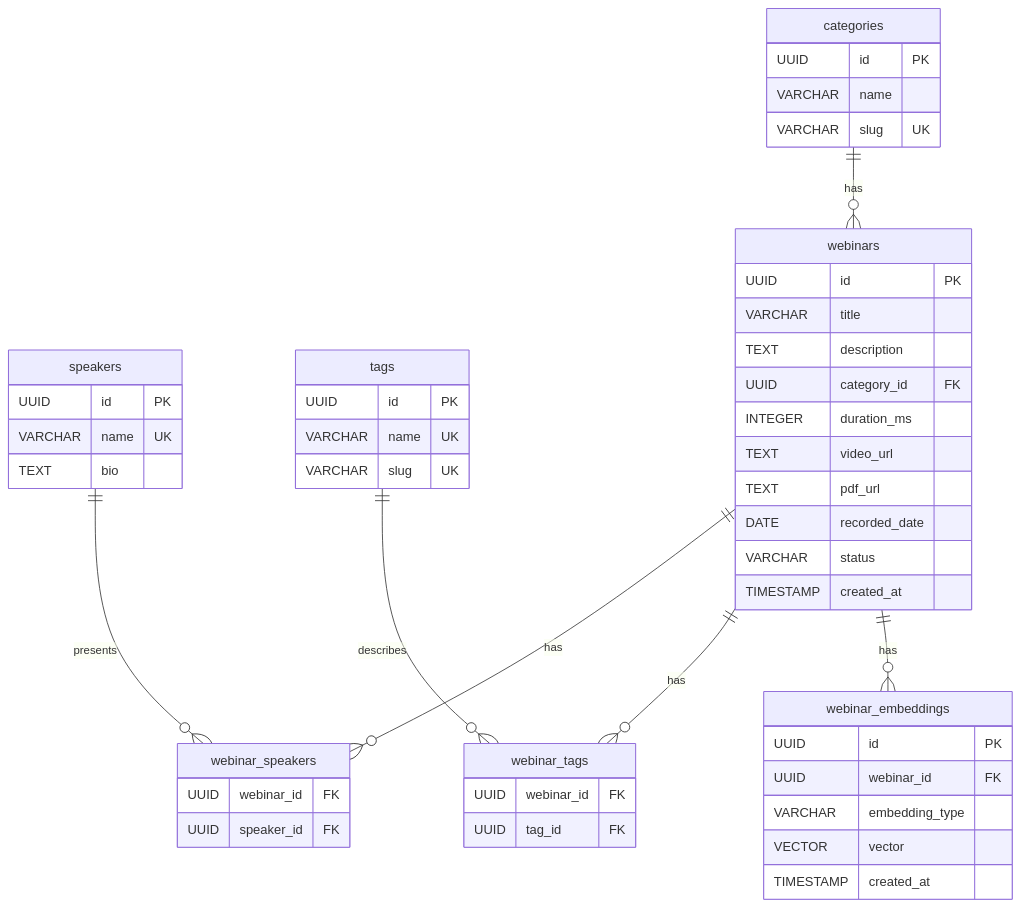
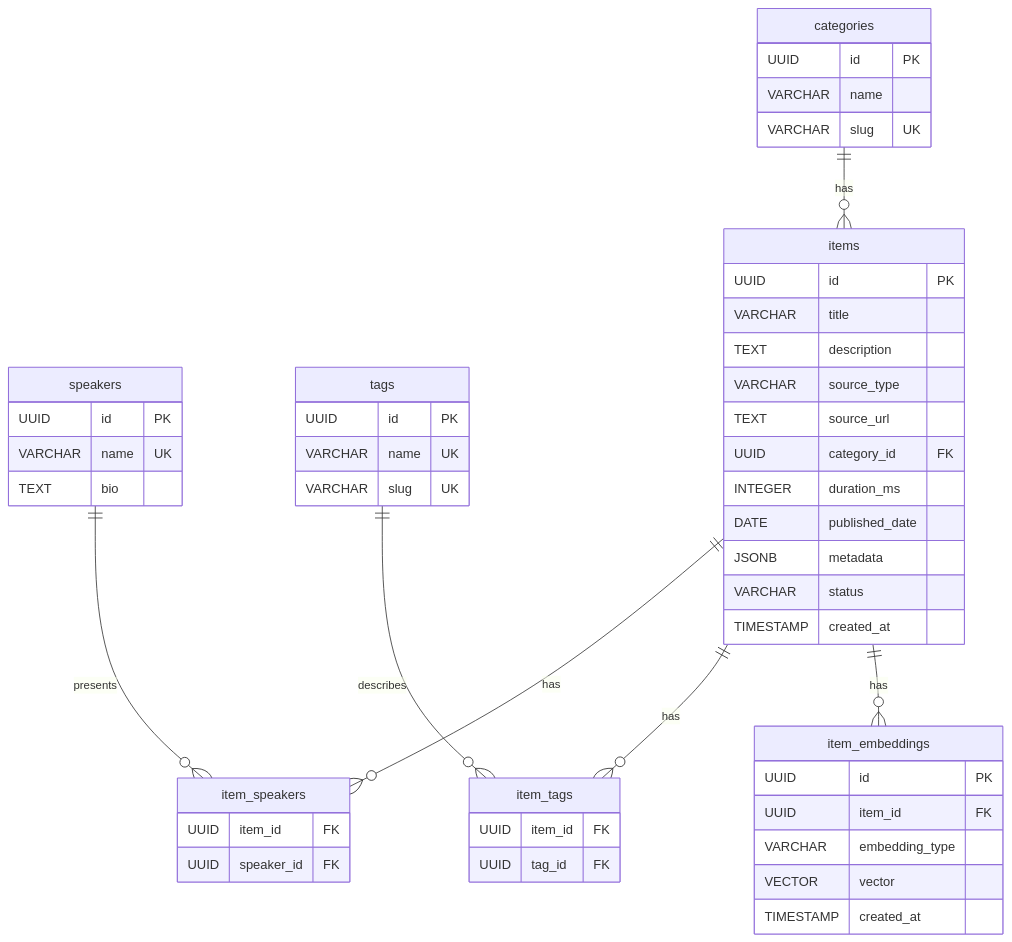
The first of 4 diagrams in docs/03_design/database_erd.md (x54-studio/hr-search), drawn with Mermaid before and after one commit. The commit also changed other lines of this file and 4 other files, not shown here.

Commit message:
docs: update technical docs for items schema and new API endpoints

````diff
--- a/docs/03_design/database_erd.md
+++ b/docs/03_design/database_erd.md
@@ -5,58 +5,59 @@
 ```mermaid
 erDiagram
     categories {
         UUID id PK
         VARCHAR name
         VARCHAR slug UK
     }
-    
+
     speakers {
         UUID id PK
         VARCHAR name UK
         TEXT bio
     }
-    
+
     tags {
         UUID id PK
         VARCHAR name UK
         VARCHAR slug UK
     }
-    
-    webinars {
+
+    items {
         UUID id PK
         VARCHAR title
         TEXT description
+        VARCHAR source_type
+        TEXT source_url
         UUID category_id FK
         INTEGER duration_ms
-        TEXT video_url
-        TEXT pdf_url
-        DATE recorded_date
+        DATE published_date
+        JSONB metadata
         VARCHAR status
         TIMESTAMP created_at
     }
-    
-    webinar_speakers {
-        UUID webinar_id FK
+
+    item_speakers {
+        UUID item_id FK
         UUID speaker_id FK
     }
-    
-    webinar_tags {
-        UUID webinar_id FK
+
+    item_tags {
+        UUID item_id FK
         UUID tag_id FK
     }
-    
-    webinar_embeddings {
+
+    item_embeddings {
         UUID id PK
-        UUID webinar_id FK
+        UUID item_id FK
         VARCHAR embedding_type
         VECTOR vector
         TIMESTAMP created_at
     }
-    
-    categories ||--o{ webinars : "has"
-    webinars ||--o{ webinar_speakers : "has"
-    speakers ||--o{ webinar_speakers : "presents"
-    webinars ||--o{ webinar_tags : "has"
-    tags ||--o{ webinar_tags : "describes"
-    webinars ||--o{ webinar_embeddings : "has"
+
+    categories ||--o{ items : "has"
+    items ||--o{ item_speakers : "has"
+    speakers ||--o{ item_speakers : "presents"
+    items ||--o{ item_tags : "has"
+    tags ||--o{ item_tags : "describes"
+    items ||--o{ item_embeddings : "has"
 ```
````
